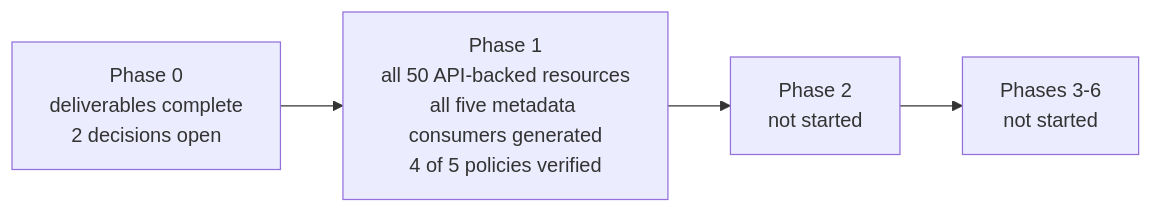
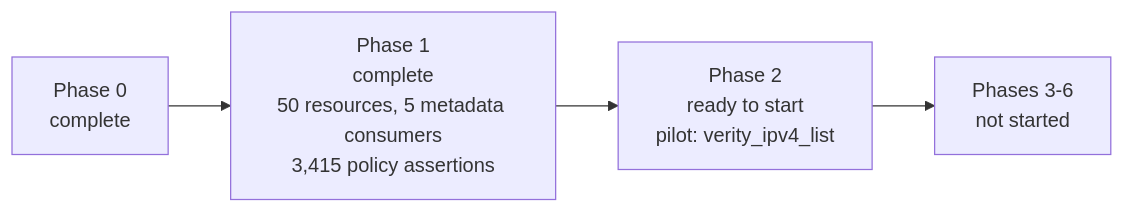
The diagram in status.md (BE-Network/terraform-provider-verity), drawn with Mermaid before and after one commit. The commit also changed other lines of this file and 8 other files, not shown here.

````diff
--- a/status.md
+++ b/status.md
@@ -50,6 +50,6 @@
 ```mermaid
 flowchart LR
-    P0[Phase 0<br/>deliverables complete<br/>2 decisions open] --> P1[Phase 1<br/>all 50 API-backed resources<br/>all five metadata consumers generated<br/>4 of 5 policies verified]
-    P1 --> P2[Phase 2<br/>not started]
+    P0[Phase 0<br/>complete] --> P1[Phase 1<br/>complete<br/>50 resources, 5 metadata consumers<br/>3,415 policy assertions]
+    P1 --> P2[Phase 2<br/>ready to start<br/>pilot: verity_ipv4_list]
     P2 --> P3[Phases 3-6<br/>not started]
 ```
````
